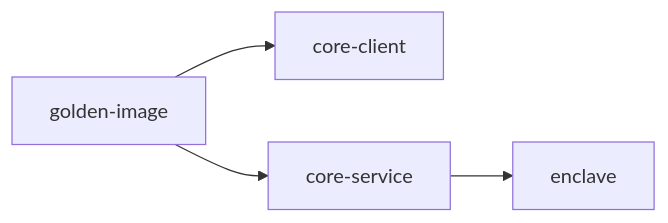
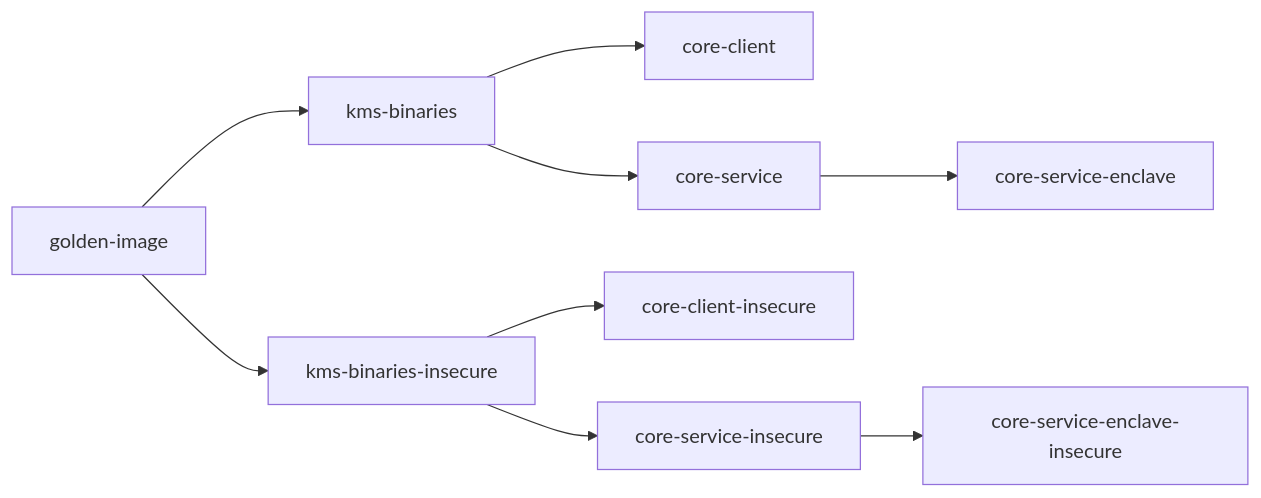
Before and after one commit to zama-ai/kms: the first of 2 diagrams in .github/workflows/README.md, drawn with Mermaid. The commit also changed other lines of this file and 70 other files, not shown here.

````diff
--- a/.github/workflows/README.md
+++ b/.github/workflows/README.md
@@ -202,6 +202,11 @@
 ```mermaid
 graph LR
-    A[golden-image] --> B[core-client]
-    A --> C[core-service]
-    C --> D[enclave]
+    A[golden-image] --> B[kms-binaries]
+    A --> F[kms-binaries-insecure]
+    B --> C[core-client]
+    B --> D[core-service]
+    D --> E[core-service-enclave]
+    F --> G[core-client-insecure]
+    F --> H[core-service-insecure]
+    H --> I[core-service-enclave-insecure]
 ```
````
